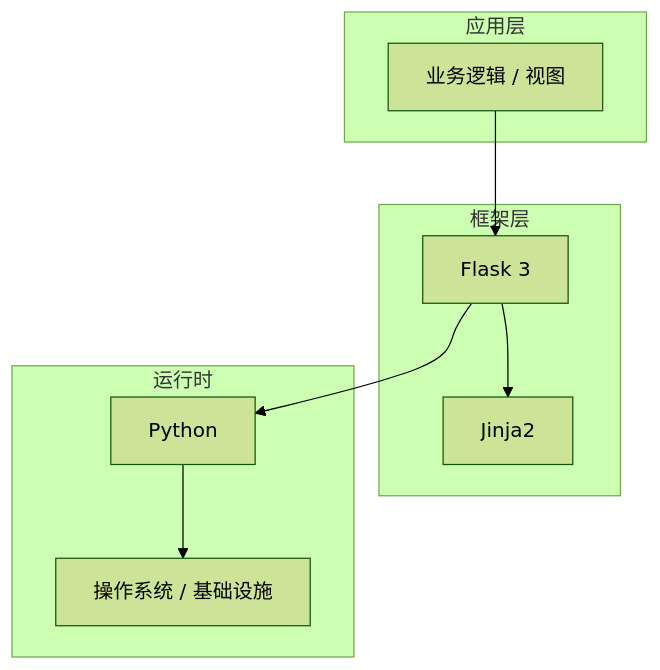
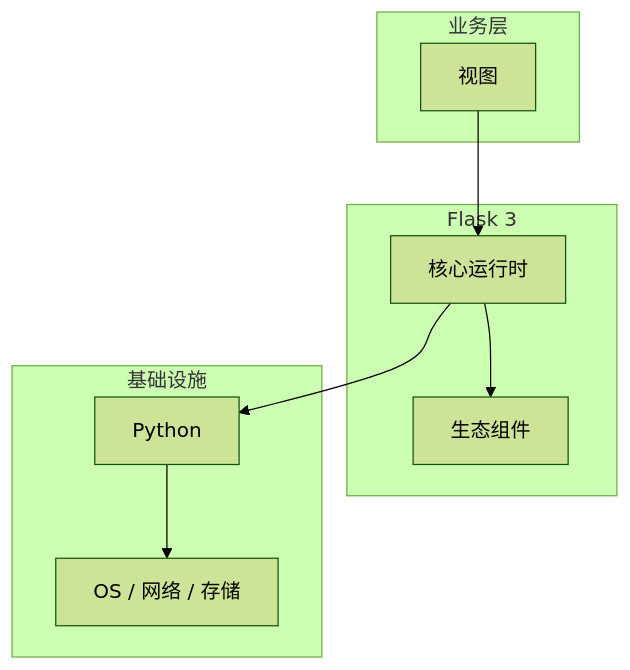
One commit to yanggan2015/knowledge-json-v2 changed the diagram in articles/Flask/chapters/011-视图核心概念与原理.md. Above: the diagram before and after it, drawn with Mermaid (forest theme). The commit also changed other lines of this file and 10127 other files, not shown here.

````diff
--- a/articles/Flask/chapters/011-视图核心概念与原理.md
+++ b/articles/Flask/chapters/011-视图核心概念与原理.md
@@ -45,18 +34,18 @@
 ```mermaid
 graph TB
-    subgraph 应用层
-        A[业务逻辑 / 视图]
+    subgraph 业务层
+        A[视图]
     end
-    subgraph 框架层
-        B[Flask 3]
-        C[Jinja2]
+    subgraph Flask 3
+        B[核心运行时]
+        C[生态组件]
     end
-    subgraph 运行时
+    subgraph 基础设施
         D[Python]
-        E[操作系统 / 基础设施]
+        E[OS / 网络 / 存储]
     end
     A --> B
     B --> C
     B --> D
     D --> E
 ```
````
